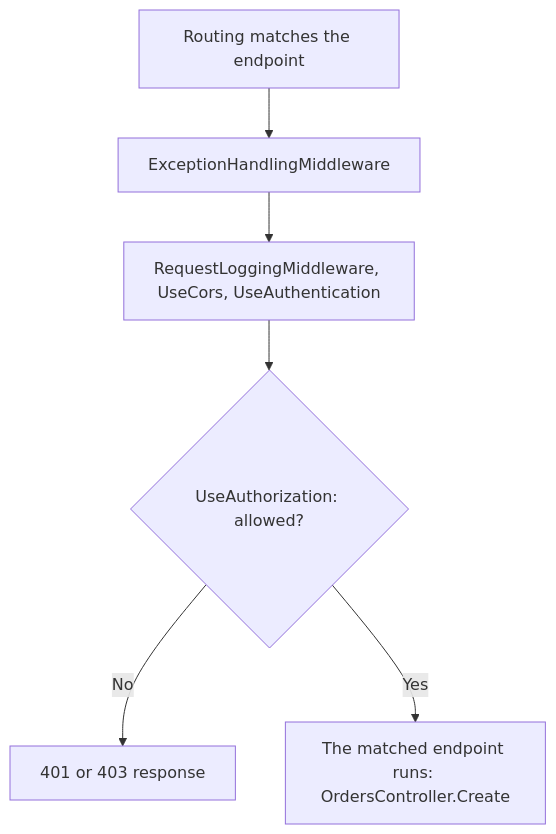
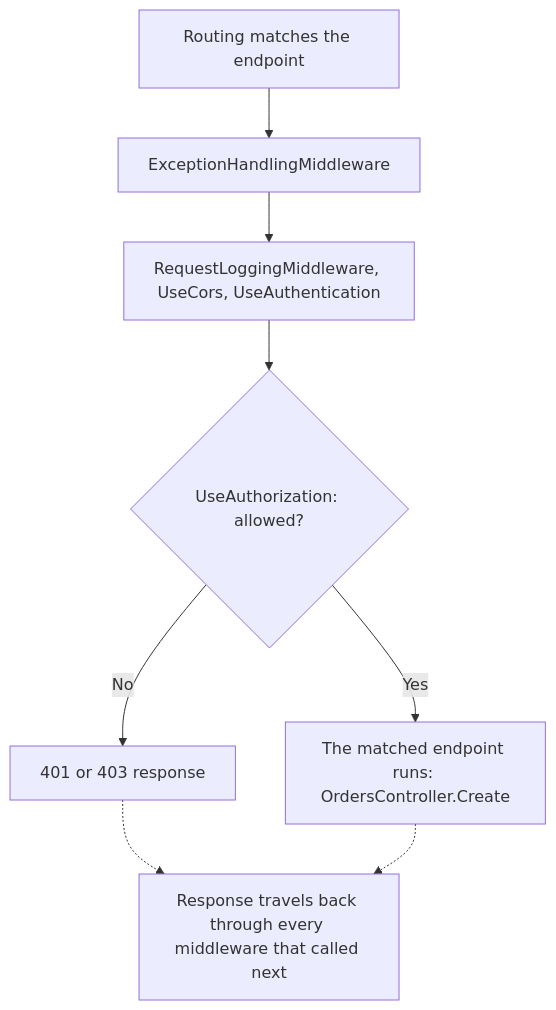
Before and after one commit to duyan11110/lo-trinh-architect: the diagram in content/tracks/backend/web-server/backend.l1.middleware-pipeline.en.md, drawn with Mermaid. The commit also changed other lines of this file and 2 other files, not shown here.

````diff
--- a/content/tracks/backend/web-server/backend.l1.middleware-pipeline.en.md
+++ b/content/tracks/backend/web-server/backend.l1.middleware-pipeline.en.md
@@ -39,8 +40,10 @@
 ```mermaid
 flowchart TD
   M[Routing matches the endpoint] --> A[ExceptionHandlingMiddleware]
   A --> B[RequestLoggingMiddleware, UseCors, UseAuthentication]
   B --> E{UseAuthorization: allowed?}
   E -->|No| F[401 or 403 response]
   E -->|Yes| G[The matched endpoint runs: OrdersController.Create]
+  F -.-> H[Response travels back through every middleware that called next]
+  G -.-> H
 ```
````
